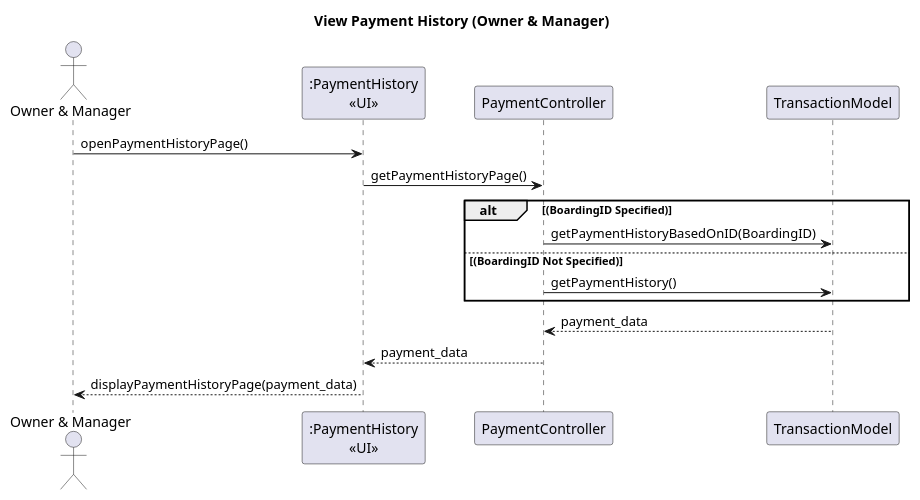
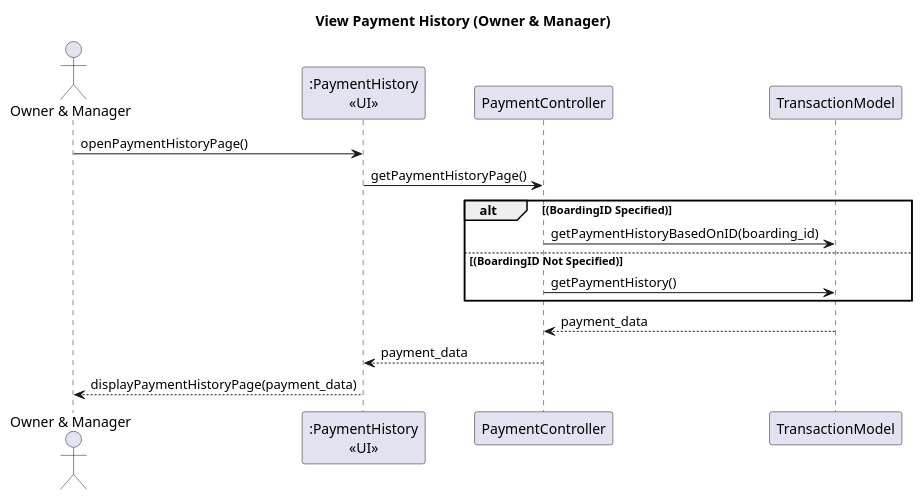
Before and after one commit to AntWort21/BHFMS: the diagram in Design/BHFMS_SEQUENCE/Owner Manager/Payment/View Payment History (Owner & Manager).puml, drawn with PlantUML. The commit also changed 39 other files, not shown here.

```diff
--- a/Design/BHFMS_SEQUENCE/Owner Manager/Payment/View Payment History (Owner & Manager).puml
+++ b/Design/BHFMS_SEQUENCE/Owner Manager/Payment/View Payment History (Owner & Manager).puml
@@ -1,21 +1,21 @@
 @startuml
 title View Payment History (Owner & Manager)
 actor "Owner & Manager" as act
 participant ":PaymentHistory\n<<UI>>" as view
 participant PaymentController as ctrl
 participant TransactionModel as tm
 
 act -> view : openPaymentHistoryPage()
 view -> ctrl : getPaymentHistoryPage()
 
 alt (BoardingID Specified)
-    ctrl -> tm : getPaymentHistoryBasedOnID(BoardingID)
+    ctrl -> tm : getPaymentHistoryBasedOnID(boarding_id)
 else (BoardingID Not Specified)
     ctrl -> tm : getPaymentHistory()
 end
 
 ctrl <-- tm : payment_data
 view <-- ctrl : payment_data
 act <-- view : displayPaymentHistoryPage(payment_data) 
 
 @enduml
```
